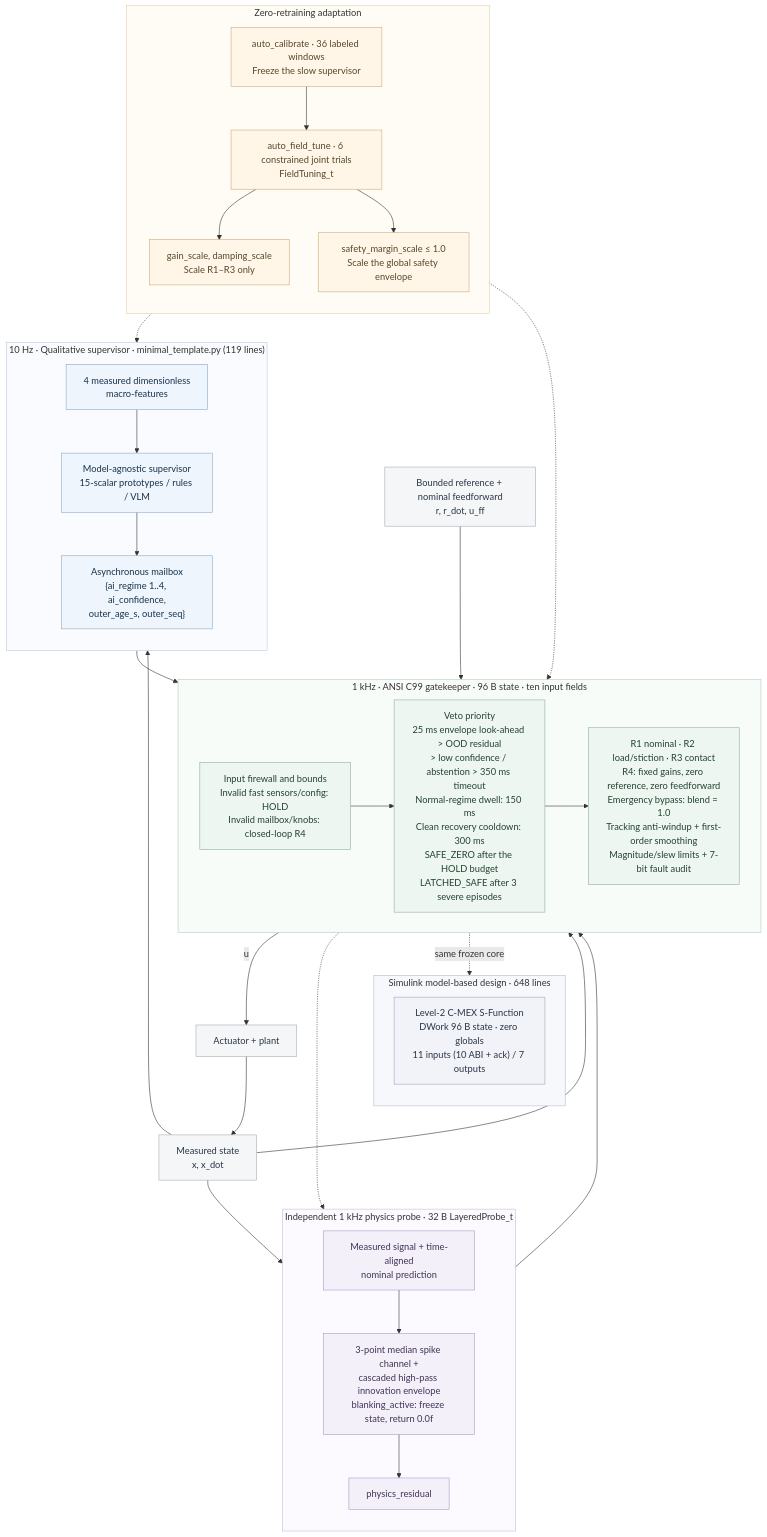
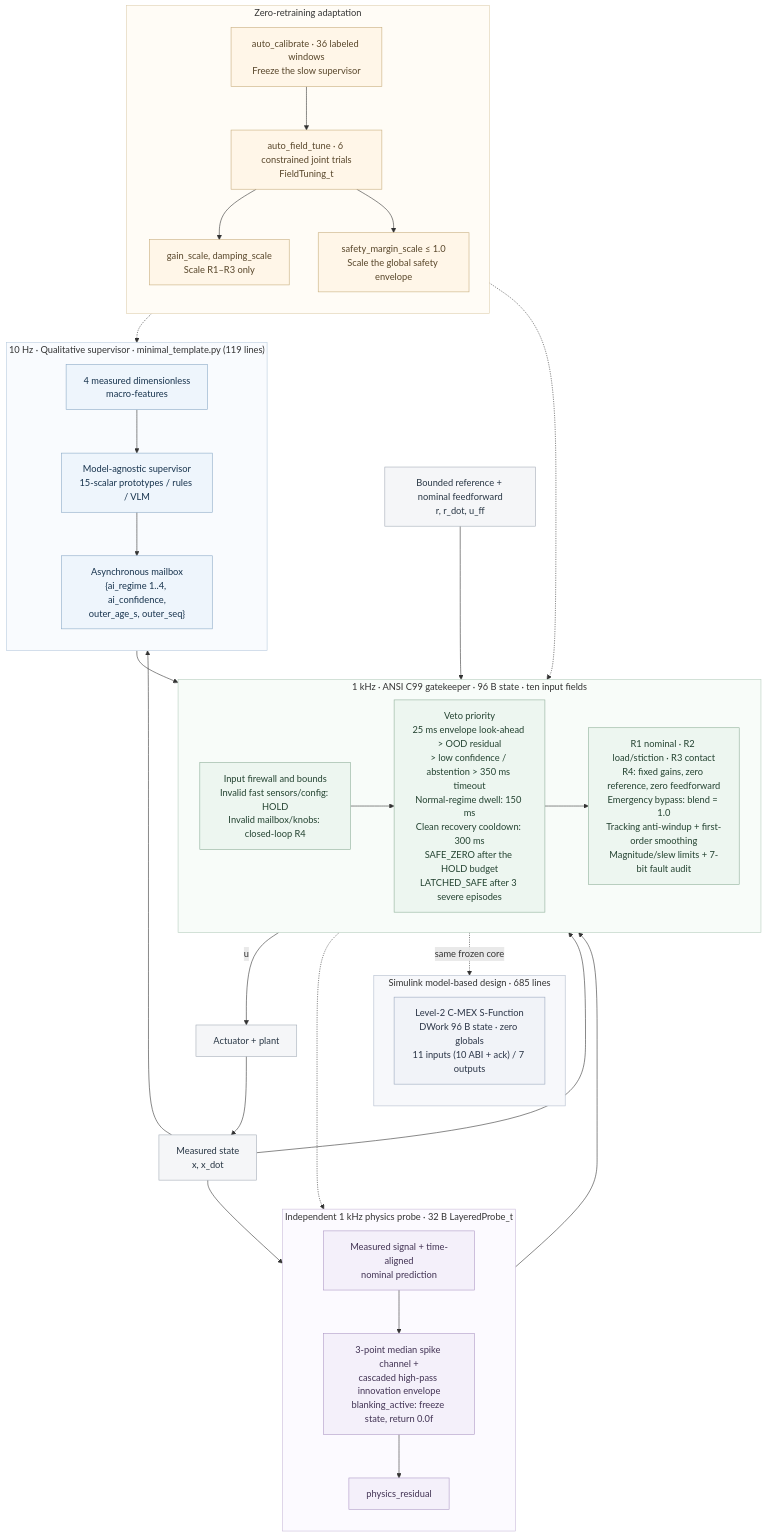
The diagram in README.md (lijiawei255/ai-layered-control), drawn with Mermaid before and after one commit. The commit also changed other lines of this file and 11 other files, not shown here.

````diff
--- a/README.md
+++ b/README.md
@@ -54,70 +54,70 @@
 ```mermaid
 flowchart TB
     subgraph slow["10 Hz · Qualitative supervisor · minimal_template.py (119 lines)"]
         direction TB
         features["4 measured dimensionless<br/>macro-features"]
         supervisor["Model-agnostic supervisor<br/>15-scalar prototypes / rules / VLM"]
         mailbox["Asynchronous mailbox<br/>{ai_regime 1..4, ai_confidence,<br/>outer_age_s, outer_seq}"]
         features --> supervisor --> mailbox
     end
     subgraph probe["Independent 1 kHz physics probe · 32 B LayeredProbe_t"]
         direction TB
         innovation["Measured signal + time-aligned<br/>nominal prediction"]
         channels["3-point median spike channel +<br/>cascaded high-pass innovation envelope<br/>blanking_active: freeze state, return 0.0f"]
         residual["physics_residual"]
         innovation --> channels --> residual
     end
     subgraph fast["1 kHz · ANSI C99 gatekeeper · 96 B state · ten input fields"]
         direction LR
         firewall["Input firewall and bounds<br/>Invalid fast sensors/config: HOLD<br/>Invalid mailbox/knobs: closed-loop R4"]
         gates["Veto priority<br/>25 ms envelope look-ahead > OOD residual<br/>> low confidence / abstention > 350 ms timeout<br/>Normal-regime dwell: 150 ms<br/>Clean recovery cooldown: 300 ms<br/>SAFE_ZERO after the HOLD budget<br/>LATCHED_SAFE after 3 severe episodes"]
         bank["R1 nominal · R2 load/stiction · R3 contact<br/>R4: fixed gains, zero reference, zero feedforward<br/>Emergency bypass: blend = 1.0<br/>Tracking anti-windup + first-order smoothing<br/>Magnitude/slew limits + 7-bit fault audit"]
         firewall --> gates --> bank
     end
-    subgraph mbd["Simulink model-based design · 648 lines"]
+    subgraph mbd["Simulink model-based design · 685 lines"]
         direction TB
         sfun["Level-2 C-MEX S-Function<br/>DWork 96 B state · zero globals<br/>11 inputs (10 ABI + ack) / 7 outputs"]
     end
     subgraph adapt["Zero-retraining adaptation"]
         direction TB
         calibrate["auto_calibrate · 36 labeled windows<br/>Freeze the slow supervisor"]
         tune["auto_field_tune · 6 constrained joint trials<br/>FieldTuning_t"]
         gains["gain_scale, damping_scale<br/>Scale R1–R3 only"]
         margin["safety_margin_scale ≤ 1.0<br/>Scale the global safety envelope"]
         calibrate --> tune
         tune --> gains
         tune --> margin
     end
     reference["Bounded reference + nominal feedforward<br/>r, r_dot, u_ff"]
     plant["Actuator + plant"]
     sensor["Measured state<br/>x, x_dot"]
     reference --> fast
     slow --> fast
     probe --> fast
     fast -->|"u"| plant
     plant --> sensor
     sensor --> fast
     sensor --> slow
     sensor --> probe
     fast -.-> probe
     fast -.->|"same frozen core"| sfun
     adapt -.-> slow
     adapt -.-> fast
     classDef slowNode fill:#eef5fc,stroke:#8baac7,color:#17334d;
     classDef probeNode fill:#f4f0fa,stroke:#ad98c5,color:#423354;
     classDef coreNode fill:#edf6f0,stroke:#8eaf99,color:#244331;
     classDef adaptNode fill:#fff6e8,stroke:#c7ad7d,color:#58462a;
     classDef ioNode fill:#f5f6f8,stroke:#a4acb7,color:#283644;
     classDef mbdNode fill:#f1f3f8,stroke:#9aa7bd,color:#2a3446;
     class features,supervisor,mailbox slowNode;
     class innovation,channels,residual probeNode;
     class firewall,gates,bank coreNode;
     class calibrate,tune,gains,margin adaptNode;
     class reference,plant,sensor ioNode;
     class sfun mbdNode;
     style slow fill:#f9fbfe,stroke:#b8cbde
     style probe fill:#fcfaff,stroke:#c9bbda
     style fast fill:#f8fcf9,stroke:#b6cdbd
     style mbd fill:#f7f8fb,stroke:#b3bccd
     style adapt fill:#fffcf6,stroke:#dfcfaf
 ```
````
